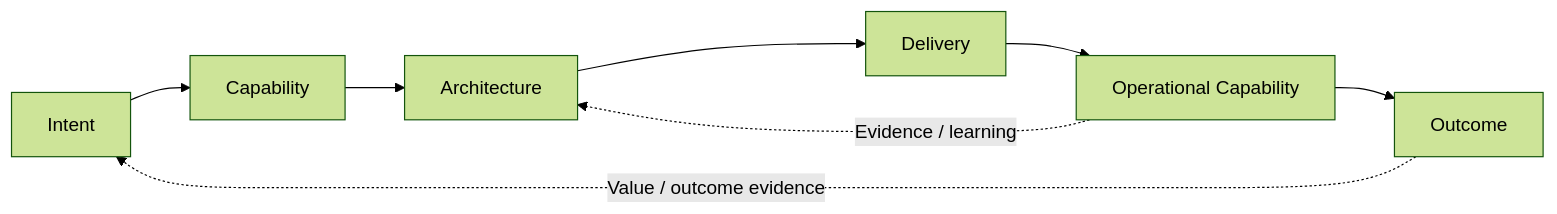
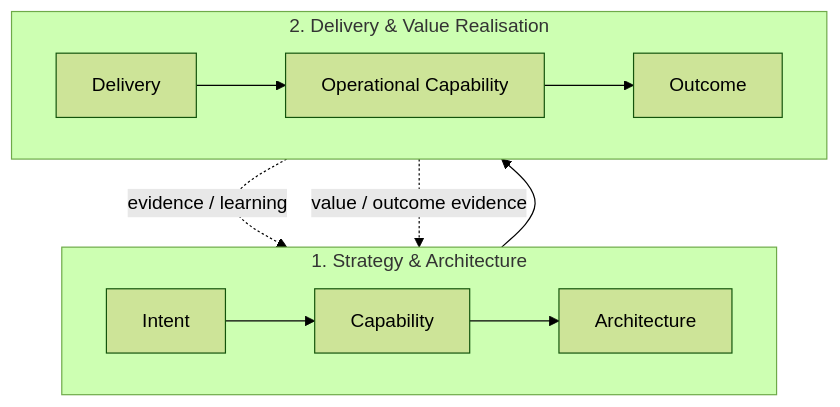
One commit to avfranco-br/portfolio changed the ninth of 11 diagrams in docs/sop/04-delivery-enablement.md. Above: the diagram before and after it, drawn with Mermaid (forest theme). The commit also changed other lines of this file and 10 other files, not shown here.

Commit message:
Refactor Mermaid diagrams across SOP and methods documentation for legibility

````diff
--- a/docs/sop/04-delivery-enablement.md
+++ b/docs/sop/04-delivery-enablement.md
@@ -1347,12 +1356,16 @@
 ```mermaid
-flowchart LR
-    A["Intent"]
-    B["Capability"]
-    C["Architecture"]
-    D["Delivery"]
-    E["Operational Capability"]
-    F["Outcome"]
-    A --> B --> C --> D --> E --> F
-    E -.->|"Evidence / learning"| C
-    F -.->|"Value / outcome evidence"| A
+flowchart TD
+    subgraph Strat_Arch["1. Strategy & Architecture"]
+        direction LR
+        A["Intent"] --> B["Capability"] --> C["Architecture"]
+    end
+
+    subgraph Deliv_Real["2. Delivery & Value Realisation"]
+        direction LR
+        D["Delivery"] --> E["Operational Capability"] --> F["Outcome"]
+    end
+
+    C --> D
+    E -. "evidence / learning" .-> C
+    F -. "value / outcome evidence" .-> A
 ```
````
